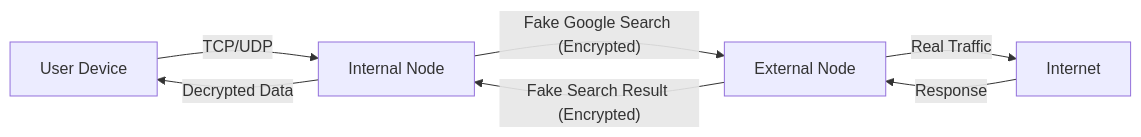
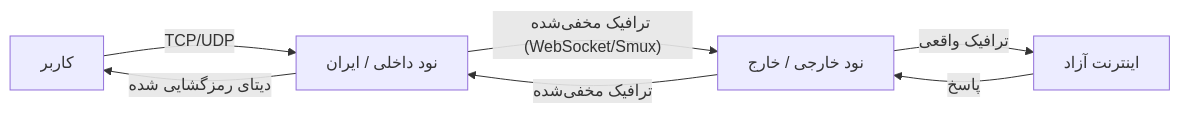
Before and after one commit to ehsanking/Elahe-Tunnel: the diagram in README.md, drawn with Mermaid. The commit also changed other lines of this file and 2 other files, not shown here.

````diff
--- a/README.md
+++ b/README.md
@@ -43,9 +43,9 @@
 ```mermaid
 graph LR
-    User[User Device] -->|TCP/UDP| Client[Internal Node]
-    Client -->|"Fake Google Search (Encrypted)"| Server[External Node]
-    Server -->|Real Traffic| Internet[Internet]
-    Internet -->|Response| Server
-    Server -->|"Fake Search Result (Encrypted)"| Client
-    Client -->|Decrypted Data| User
+    User[کاربر] -->|TCP/UDP| Client[نود داخلی / ایران]
+    Client -->|"ترافیک مخفی‌شده (WebSocket/Smux)"| Server[نود خارجی / خارج]
+    Server -->|ترافیک واقعی| Internet[اینترنت آزاد]
+    Internet -->|پاسخ| Server
+    Server -->|"ترافیک مخفی‌شده"| Client
+    Client -->|دیتای رمزگشایی شده| User
 ```
````
